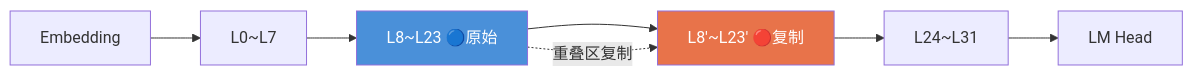
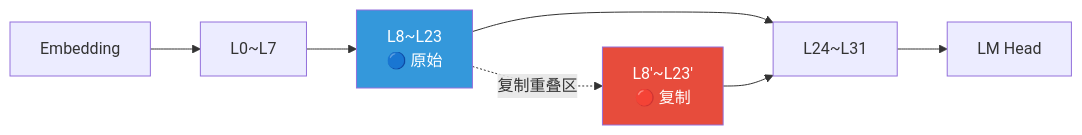
Before and after one commit to jianzhnie/PCL-Model-Kit: the second of 15 diagrams in docs/llm_param_expansion.md, drawn with Mermaid. The commit also changed other lines of this file, not shown here.

````diff
--- a/docs/llm_param_expansion.md
+++ b/docs/llm_param_expansion.md
@@ -62,8 +63,11 @@
 ```mermaid
 graph LR
-    E[Embedding] --> L0["L0~L7"] --> L1["L8~L23 🔵原始"]
-    L1 --> L1c["L8'~L23' 🔴复制"] --> L2["L24~L31"] --> H[LM Head]
-    L1 -.->|重叠区复制| L1c
-    style L1 fill:#4A90D9,color:#fff
-    style L1c fill:#E8734A,color:#fff
+    E[Embedding] --> L0["L0~L7"]
+    L0 --> L1["L8~L23\n🔵 原始"]
+    L1 -.->|复制重叠区| L1c["L8'~L23'\n🔴 复制"]
+    L1 --> L2["L24~L31"]
+    L1c --> L2
+    L2 --> H[LM Head]
+    style L1 fill:#3498DB,color:#fff
+    style L1c fill:#E74C3C,color:#fff
 ```
````
